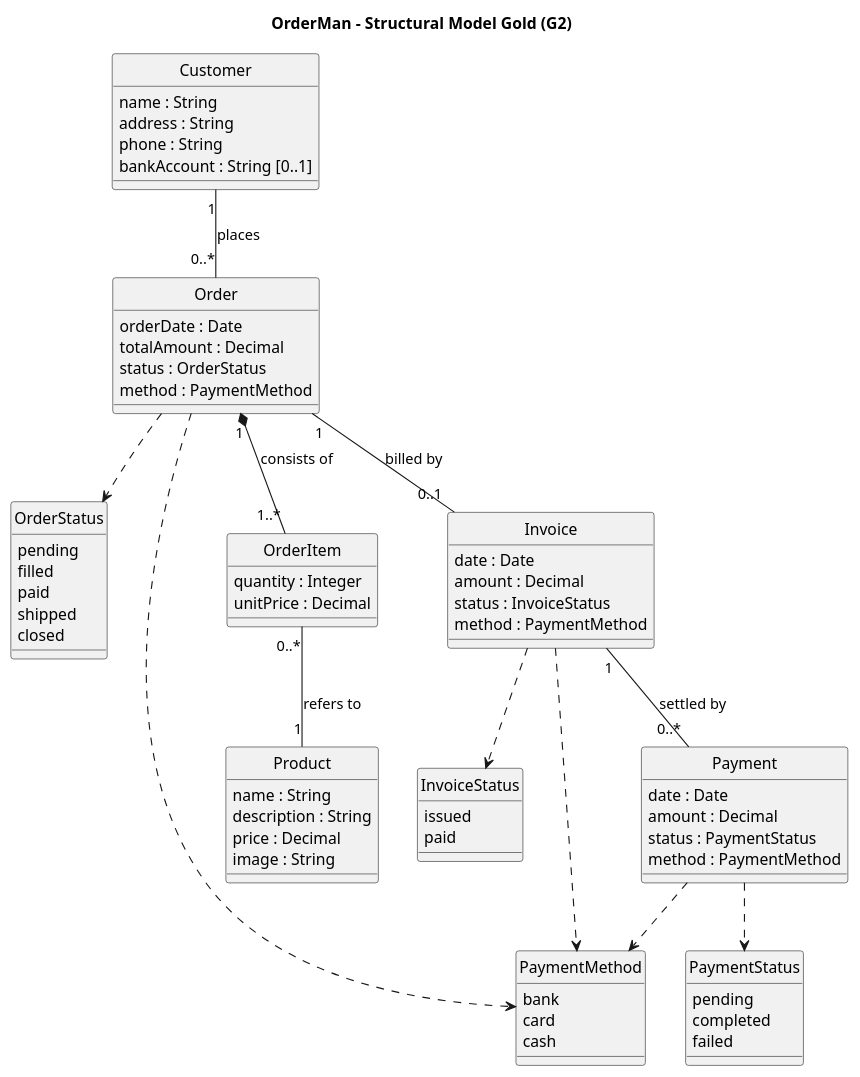
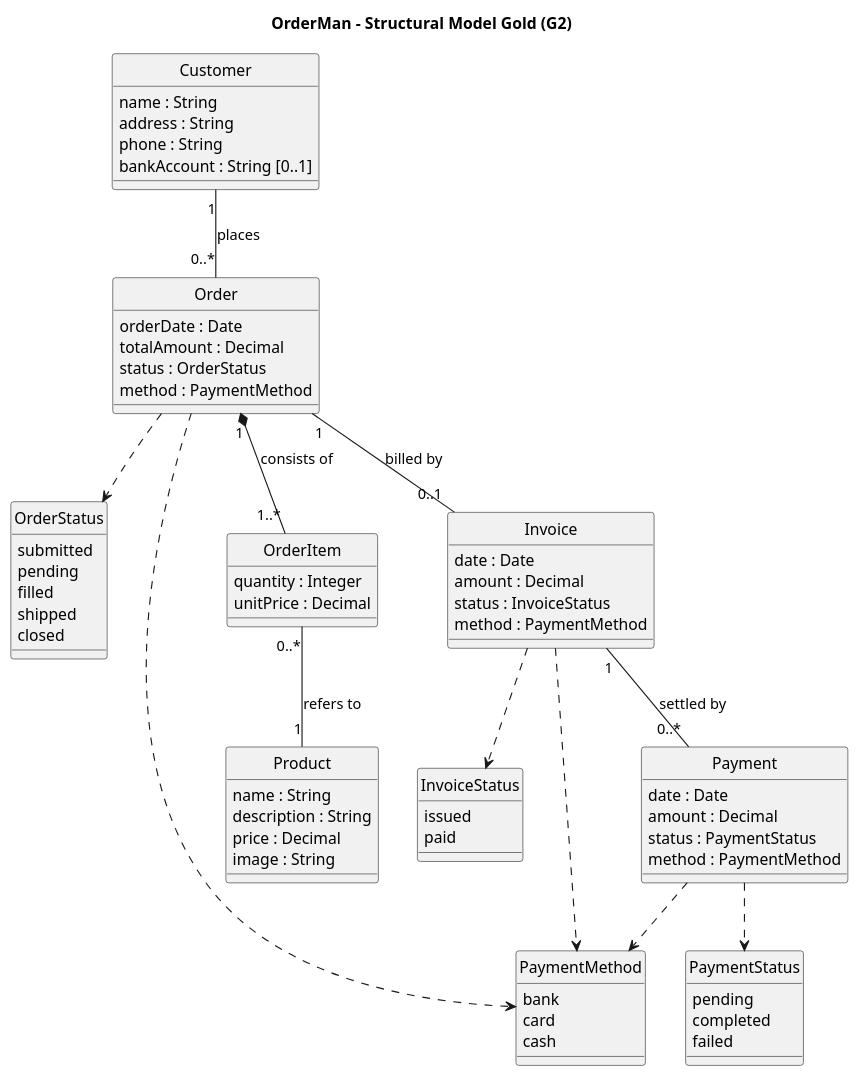
Before and after one commit to swinilab/validation4llmagents: the diagram in materials/G2-structural-model.puml, drawn with PlantUML. The commit also changed 10 other files, not shown here.

```diff
--- a/materials/G2-structural-model.puml
+++ b/materials/G2-structural-model.puml
@@ -1,83 +1,83 @@
-@startuml
+@startuml structural
 title OrderMan - Structural Model Gold (G2)
 hide circle
 skinparam classAttributeIconSize 0
 
 enum OrderStatus {
+  submitted
   pending
   filled
-  paid
   shipped
   closed
 }
 
 enum InvoiceStatus {
   issued
   paid
 }
 
 enum PaymentStatus {
   pending
   completed
   failed
 }
 
 enum PaymentMethod {
   bank
   card
   cash
 }
 
 class Customer {
   name : String
   address : String
   phone : String
   bankAccount : String [0..1]
 }
 
 class Product {
   name : String
   description : String
   price : Decimal
   image : String
 }
 
 class Order {
   orderDate : Date
   totalAmount : Decimal
   status : OrderStatus
   method : PaymentMethod
 }
 
 class OrderItem {
   quantity : Integer
   unitPrice : Decimal
 }
 
 class Invoice {
   date : Date
   amount : Decimal
   status : InvoiceStatus
   method : PaymentMethod
 }
 
 class Payment {
   date : Date
   amount : Decimal
   status : PaymentStatus
   method : PaymentMethod
 }
 
 Customer "1" -- "0..*" Order : places
 Order "1" *-- "1..*" OrderItem : consists of
 Order "1" -- "0..1" Invoice : billed by
 OrderItem "0..*" -- "1" Product : refers to
 Invoice "1" -- "0..*" Payment : settled by
 
 Order ..> OrderStatus
 Order ..> PaymentMethod
 Invoice ..> InvoiceStatus
 Invoice ..> PaymentMethod
 Payment ..> PaymentStatus
 Payment ..> PaymentMethod
 @enduml
```
